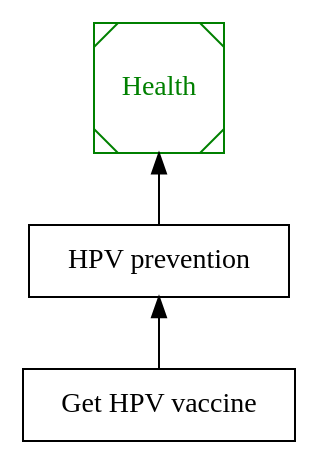
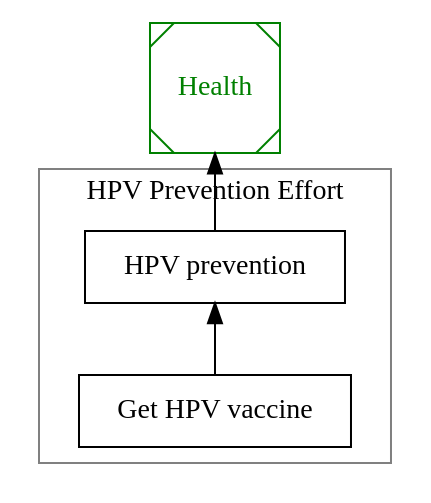
Before and after one commit to igor-mitrovic/Planning: the diagram in Health.dot, drawn with Graphviz.

Commit message:
update Health tree with proper orientation

```diff
--- a/Health.dot
+++ b/Health.dot
@@ -1,13 +1,21 @@
-digraph Health{
-    //Reversing the edges for proper display
+digraph Health {
     rankdir=BT
-    //Root Health node
+
+    // Health root node (outside cluster)
     Health [shape=Msquare color=green fontcolor=green];
-    Health [root="True"]
+    Health [root="true"]
 
-    "HPV prevention" [shape=box]  
-    "Get HPV vaccine" [shape=box]
+    // Cluster for HPV-related actions
+    subgraph cluster_hpv {
+        label="HPV Prevention Effort"
+        labelloc="b"
+        style=square
+        color=gray
+        "HPV prevention" [shape=box]
+        "Get HPV vaccine" [shape=box]
+        "Get HPV vaccine" -> "HPV prevention"
+    }
 
+    // Edge connecting cluster to Health
     "HPV prevention" -> Health
-    "Get HPV vaccine" -> "HPV prevention"
 }
```
